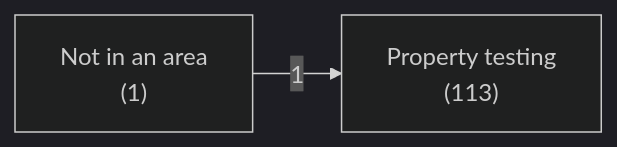
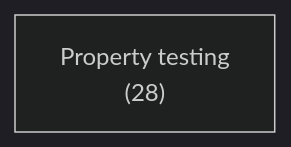
The first of 2 diagrams in docs/lib/test/property-basis/depends.md (ruudkoot/rune), drawn with Mermaid (dark theme) before and after one commit. The commit also changed other lines of this file and 119 other files, not shown here.

````diff
--- a/docs/lib/test/property-basis/depends.md
+++ b/docs/lib/test/property-basis/depends.md
@@ -24,6 +24,4 @@
 ```mermaid
 flowchart LR
-  a0["Property testing<br>(113)"]
-  a1["Not in an area<br>(1)"]
-  a1 -- 1 --> a0
+  a0["Property testing<br>(28)"]
 ```
````
